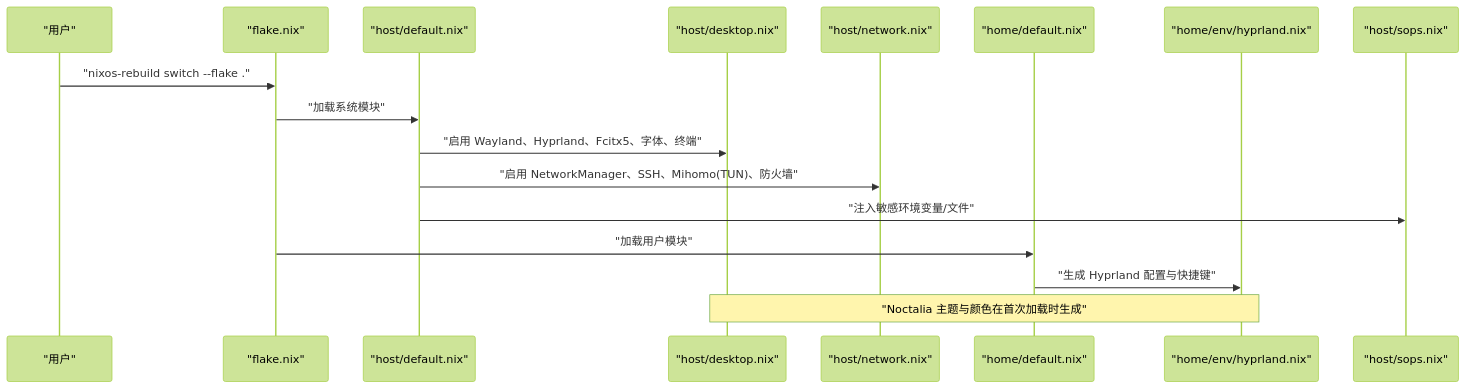
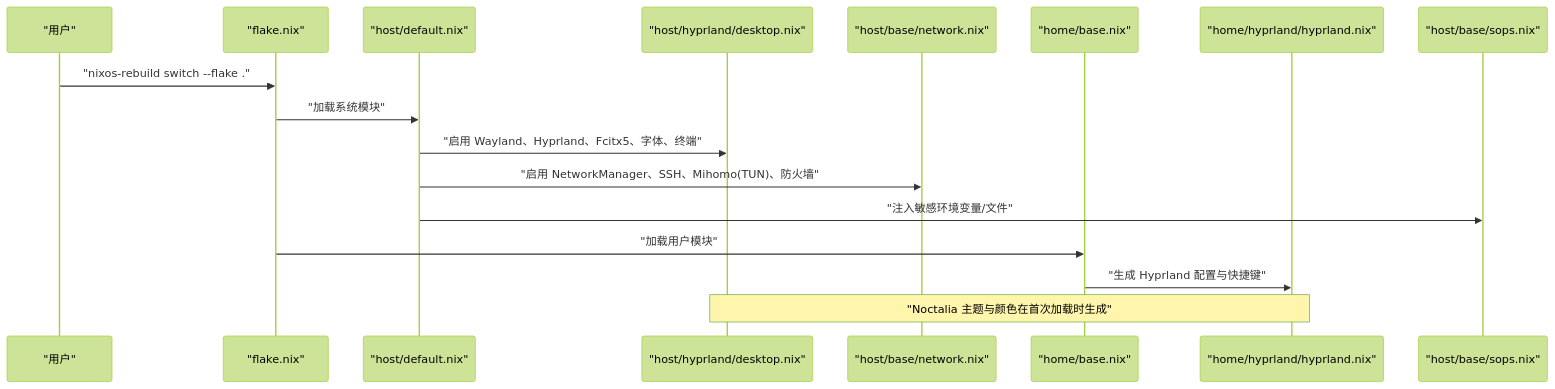
One commit to Shangshui0302/myNixOSConfig changed the second of 2 diagrams in wiki/overview.md. Above: the diagram before and after it, drawn with Mermaid (forest theme). The commit also changed other lines of this file and 53 other files, not shown here.

````diff
--- a/wiki/overview.md
+++ b/wiki/overview.md
@@ -70,19 +70,19 @@
 ```mermaid
 sequenceDiagram
 participant User as "用户"
 participant Flake as "flake.nix"
 participant Host as "host/default.nix"
-participant Desktop as "host/desktop.nix"
-participant Net as "host/network.nix"
-participant HM as "home/default.nix"
-participant Hypr as "home/env/hyprland.nix"
-participant SOPS as "host/sops.nix"
+participant Desktop as "host/hyprland/desktop.nix"
+participant Net as "host/base/network.nix"
+participant HM as "home/base.nix"
+participant Hypr as "home/hyprland/hyprland.nix"
+participant SOPS as "host/base/sops.nix"
 User->>Flake : "nixos-rebuild switch --flake ."
 Flake->>Host : "加载系统模块"
 Host->>Desktop : "启用 Wayland、Hyprland、Fcitx5、字体、终端"
 Host->>Net : "启用 NetworkManager、SSH、Mihomo(TUN)、防火墙"
 Host->>SOPS : "注入敏感环境变量/文件"
 Flake->>HM : "加载用户模块"
 HM->>Hypr : "生成 Hyprland 配置与快捷键"
 Note over Desktop,Hypr : "Noctalia 主题与颜色在首次加载时生成"
 ```
````
